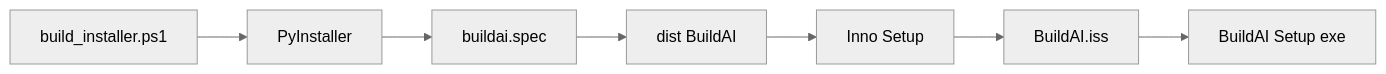
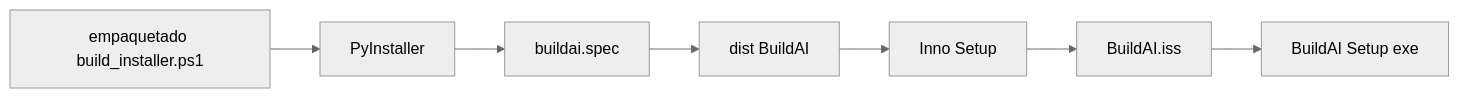
Before and after one commit to Jmyukopila/Build-AI: the diagram in docs/10-empaquetado-y-distribucion.md, drawn with Mermaid (neutral theme). The commit also changed other lines of this file and 39 other files, not shown here.

````diff
--- a/docs/10-empaquetado-y-distribucion.md
+++ b/docs/10-empaquetado-y-distribucion.md
@@ -23,9 +23,9 @@
 ```mermaid
 flowchart LR
-  A[build_installer.ps1] --> B[PyInstaller]
+  A[empaquetado build_installer.ps1] --> B[PyInstaller]
   B --> C[buildai.spec]
   C --> D[dist BuildAI]
   D --> E[Inno Setup]
   E --> F[BuildAI.iss]
   F --> G[BuildAI Setup exe]
 ```
````
